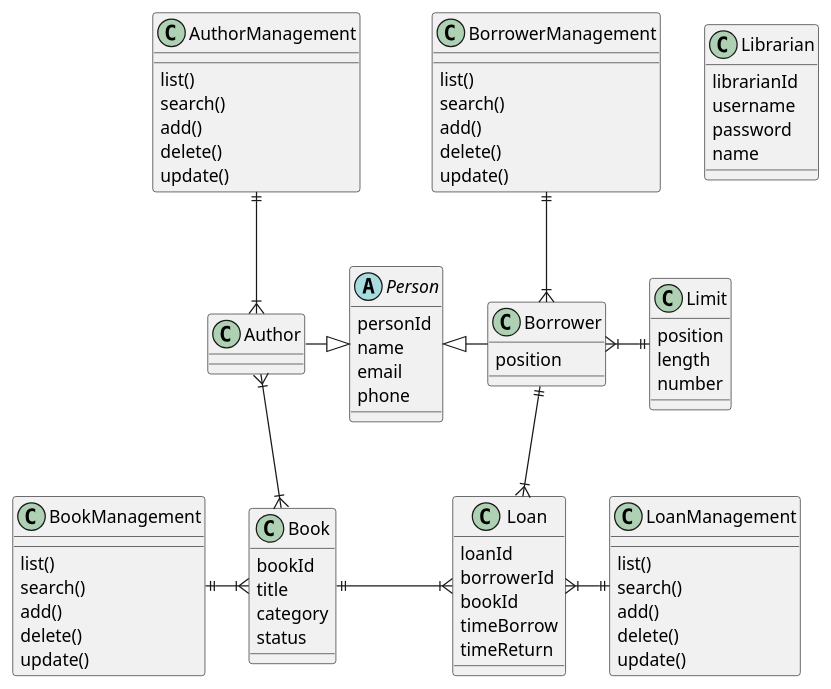
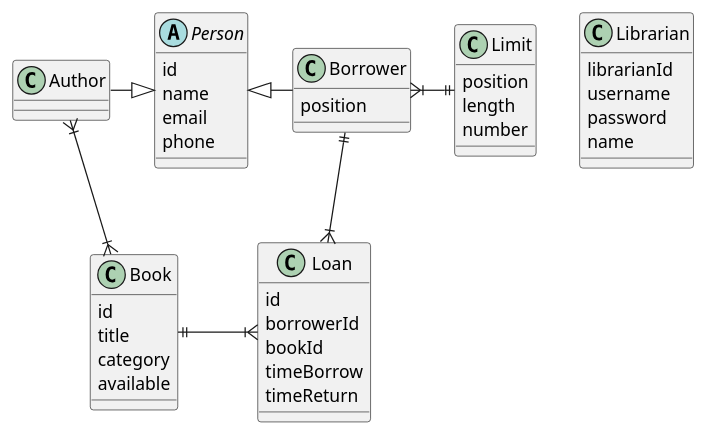
Before and after one commit to iam-nhi-nguyen/library-management: the diagram in src/main/plain/LibraryManagement.puml, drawn with PlantUML. The commit also changed 12 other files, not shown here.

```diff
--- a/src/main/plain/LibraryManagement.puml
+++ b/src/main/plain/LibraryManagement.puml
@@ -1,87 +1,54 @@
 @startuml
 'https://plantuml.com/class-diagram
 
 abstract class Person {
-    personId
+    id
     name
     email
     phone
 }
 class Borrower {
     position
 }
-class BorrowerManagement {
-    list()
-    search()
-    add()
-    delete()
-    update()
-}
 class Author
-class AuthorManagement {
-    list()
-    search()
-    add()
-    delete()
-    update()
-}
 
 class Book {
-    bookId
+    id
     title
     category
-    status
-}
-class BookManagement {
-    list()
-    search()
-    add()
-    delete()
-    update()
+    available
 }
 
 
 class Loan {
-    loanId
+    id
     borrowerId
     bookId
     timeBorrow
     timeReturn
-}
-class LoanManagement {
-    list()
-    search()
-    add()
-    delete()
-    update()
 }
 
 class Limit {
     position
     length
     number
 }
 
 class Librarian {
     librarianId
     username
     password
     name
 }
 
 Person <|-r- Borrower
 Person <|-l- Author
 
 Author }|--|{ Book
 
 Loan }|-u-|| Borrower
 Loan }|-l-|| Book
 
 Borrower }|-|| Limit
 
-BorrowerManagement ||-d-|{ Borrower
-AuthorManagement ||-d-|{ Author
-BookManagement ||-r-|{ Book
-LoanManagement ||-l-|{ Loan
-
 @enduml
```
